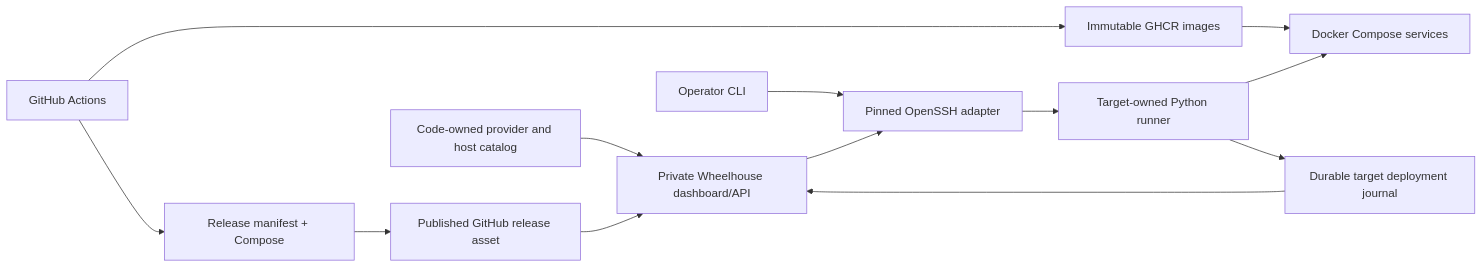
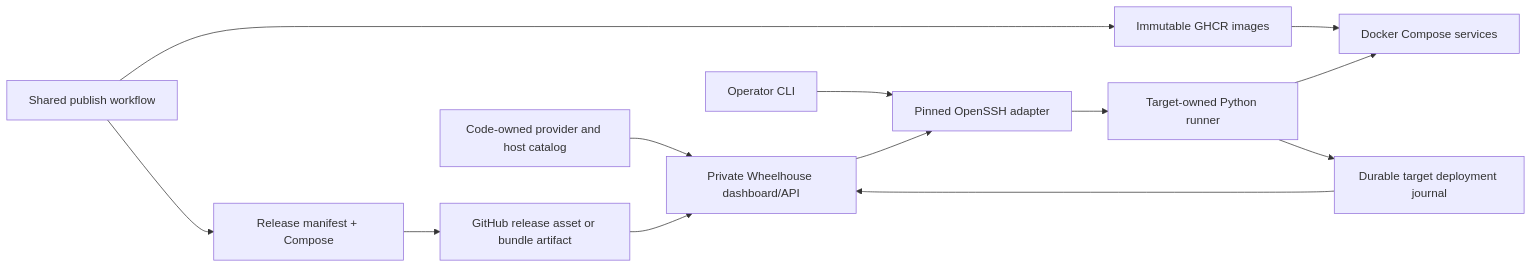
Before and after one commit to wow-two-platform/wow-two-platform.drydock: the diagram in engineering/architecture/architecture.md, drawn with Mermaid. The commit also changed other lines of this file and 25 other files, not shown here.

````diff
--- a/engineering/architecture/architecture.md
+++ b/engineering/architecture/architecture.md
@@ -12,15 +12,15 @@
 ```mermaid
 flowchart LR
-  CI[GitHub Actions] --> Images[Immutable GHCR images]
+  CI[Shared publish workflow] --> Images[Immutable GHCR images]
   CI --> Bundle[Release manifest + Compose]
-  Bundle --> Release[Published GitHub release asset]
+  Bundle --> Release[GitHub release asset or bundle artifact]
   Release --> Dock[Private Wheelhouse dashboard/API]
   Fleet[Code-owned provider and host catalog] --> Dock
   Dock --> SSH[Pinned OpenSSH adapter]
   Operator[Operator CLI] --> SSH
   SSH --> Runner[Target-owned Python runner]
   Runner --> Compose[Docker Compose services]
   Images --> Compose
   Runner --> Journal[Durable target deployment journal]
   Journal --> Dock
 ```
````
